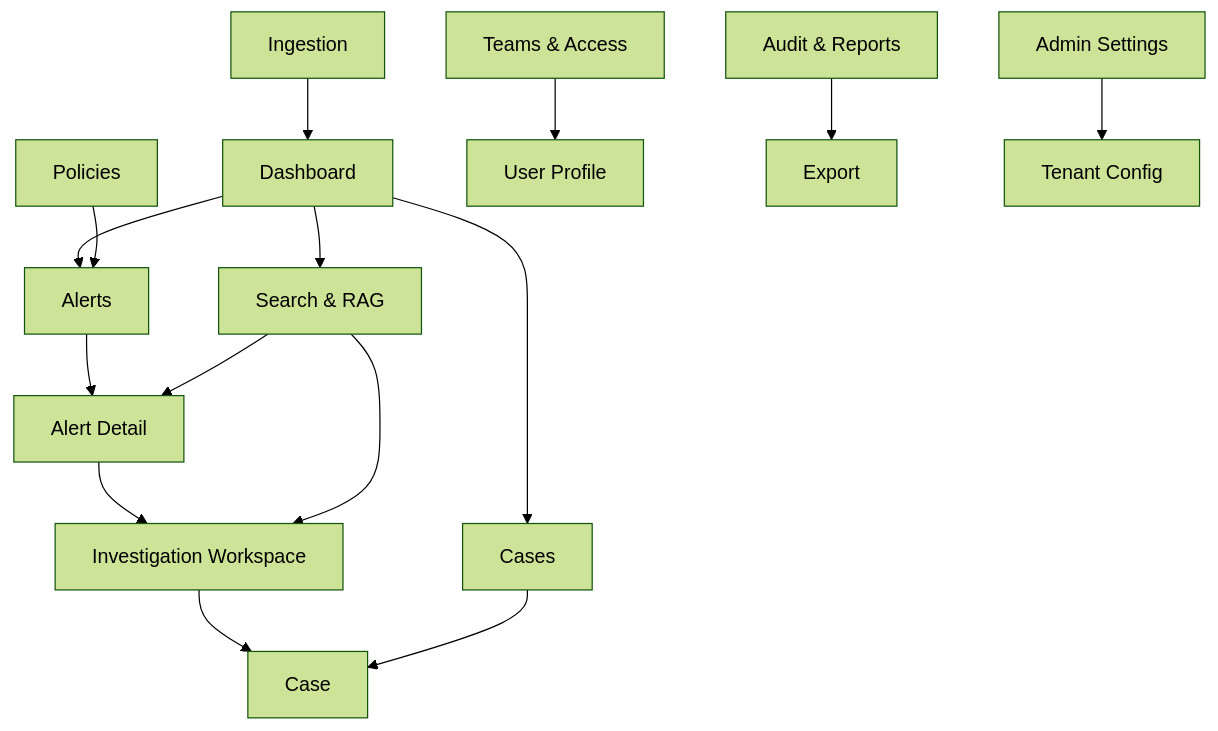
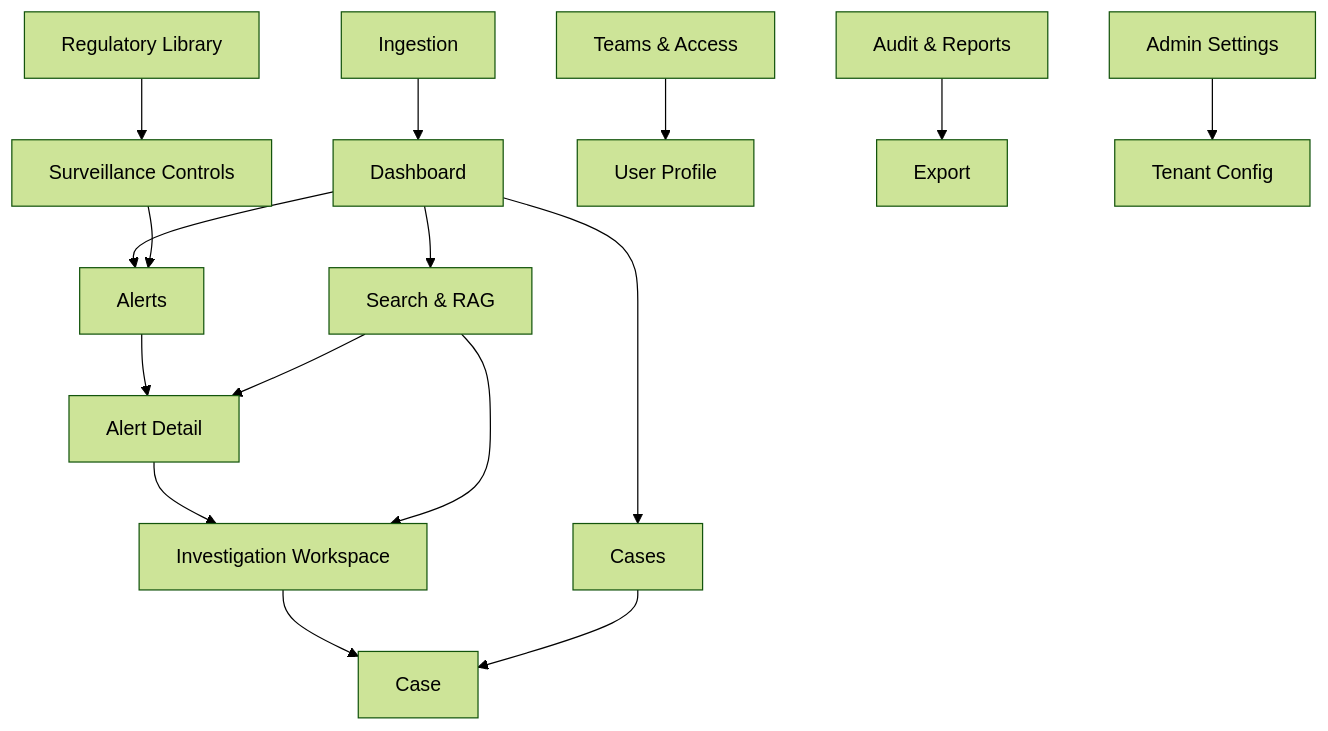
The diagram in backend/modules/domains/b2b/bank_surveillance/docs/navigation.md (nkumar15/communication-analysis), drawn with Mermaid (forest theme) before and after one commit. The commit also changed other lines of this file and 6 other files, not shown here.

Commit message:
(feat): survelliance controls and reagulatory policies docs

````diff
--- a/backend/modules/domains/b2b/bank_surveillance/docs/navigation.md
+++ b/backend/modules/domains/b2b/bank_surveillance/docs/navigation.md
@@ -53,22 +54,23 @@
 ```mermaid
 graph TD
     A[Dashboard] --> B[Alerts]
     B --> C[Alert Detail]
     C --> D[Investigation Workspace]
     D --> E[Case]
     
     A --> F[Cases]
     F --> E
     
     A --> G[Search & RAG]
     G --> C
     G --> D
     
     H[Ingestion] --> A
-    I[Policies] --> B
+    I[Surveillance Controls] --> B
+    P[Regulatory Library] --> I
     
     J[Teams & Access] --> K[User Profile]
     L[Audit & Reports] --> M[Export]
     
     N[Admin Settings] --> O[Tenant Config]
 ```
````
